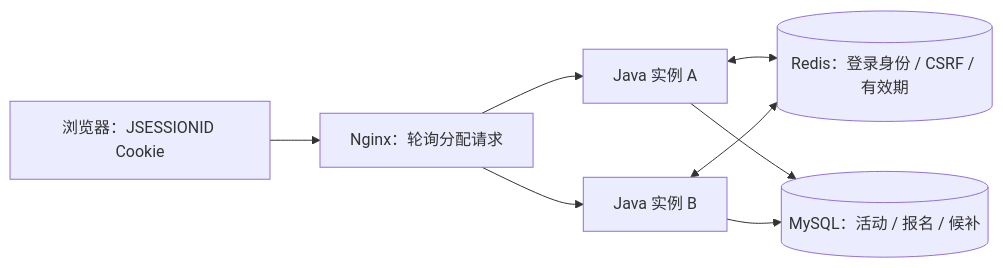
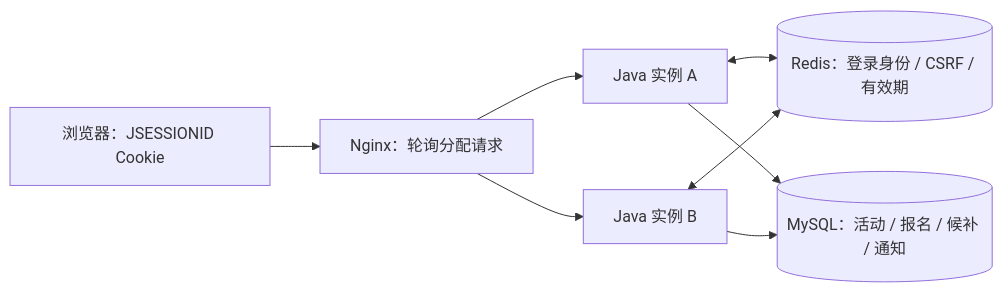
Before and after one commit to GTASDAW/MYCODE: the diagram in docs/shared-session.md, drawn with Mermaid. The commit also changed other lines of this file and 8 other files, not shown here.

````diff
--- a/docs/shared-session.md
+++ b/docs/shared-session.md
@@ -50,10 +50,10 @@
 ```mermaid
 flowchart LR
     B[浏览器：JSESSIONID Cookie] --> N[Nginx：轮询分配请求]
     N --> A[Java 实例 A]
     N --> C[Java 实例 B]
     A <--> R[(Redis：登录身份 / CSRF / 有效期)]
     C <--> R
-    A --> M[(MySQL：活动 / 报名 / 候补)]
+    A --> M[(MySQL：活动 / 报名 / 候补 / 通知)]
     C --> M
 ```
````
